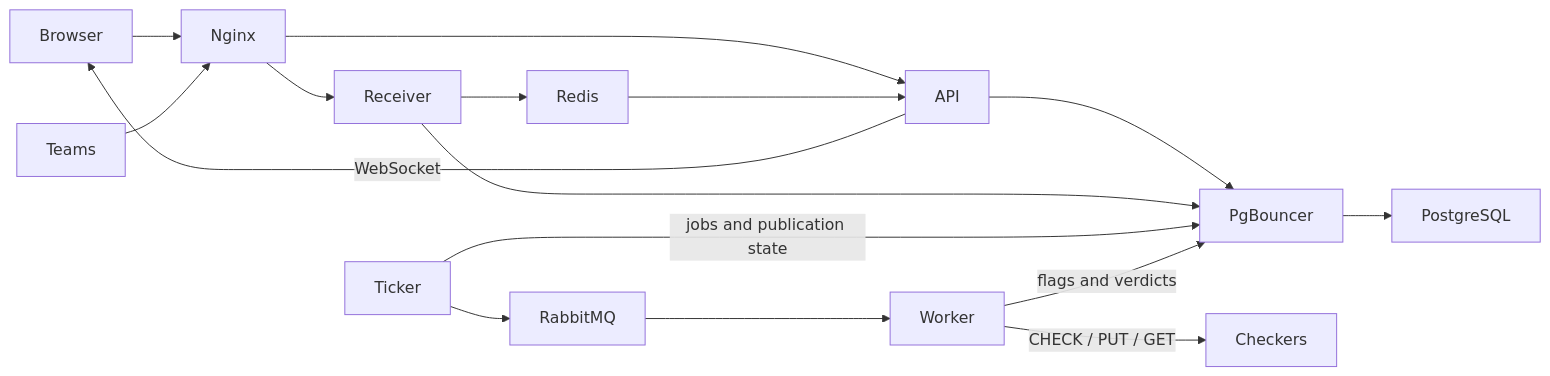
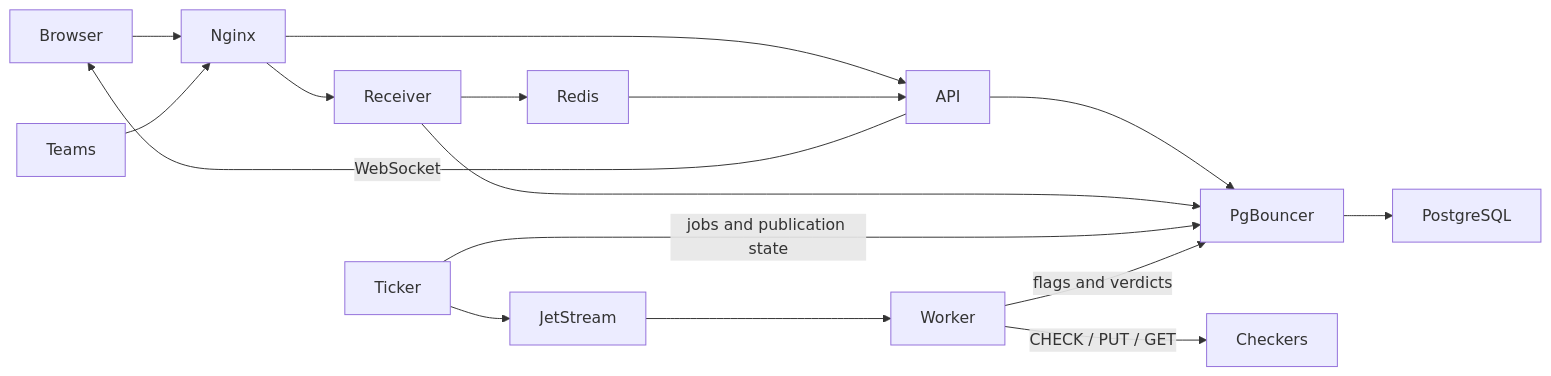
Before and after one commit to TakuyaYagam1/ForcAD: the diagram in docs/ARCHITECTURE.md, drawn with Mermaid. The commit also changed other lines of this file and 529 other files, not shown here.

````diff
--- a/docs/ARCHITECTURE.md
+++ b/docs/ARCHITECTURE.md
@@ -37,18 +37,18 @@
 ```mermaid
 flowchart LR
     Browser --> Nginx
     Teams --> Nginx
     Nginx --> API
     Nginx --> Receiver
     API --> PgBouncer
     Receiver --> PgBouncer
     Receiver --> Redis
     Redis --> API
     API -->|WebSocket| Browser
     Ticker -->|jobs and publication state| PgBouncer
-    Ticker --> RabbitMQ
-    RabbitMQ --> Worker
+    Ticker --> JetStream
+    JetStream --> Worker
     Worker -->|CHECK / PUT / GET| Checkers
     Worker -->|flags and verdicts| PgBouncer
     PgBouncer --> PostgreSQL
 ```
````
